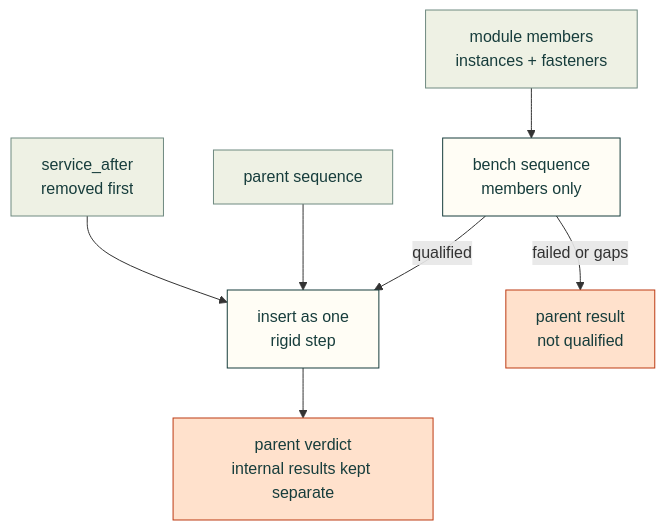
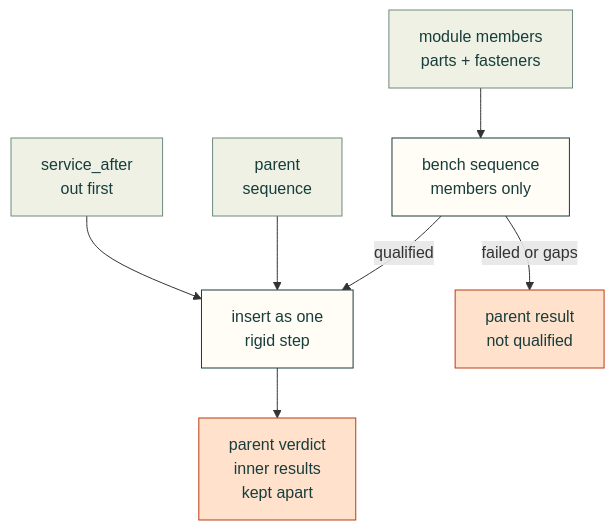
The diagram in docs/subassembly-insertion.md (Valpatel/cad-agent), drawn with Mermaid before and after one commit. The commit also changed 5 other files, not shown here.

First line of the commit message:
Diagrams: narrow enough for a 1100 px window with a classic scrollbar

````diff
--- a/docs/subassembly-insertion.md
+++ b/docs/subassembly-insertion.md
@@ -5,15 +5,15 @@
 ```mermaid
 flowchart TD
-    M["module members<br/>instances + fasteners"] --> Bench["bench sequence<br/>members only"]
+    M["module members<br/>parts + fasteners"] --> Bench["bench sequence<br/>members only"]
     Bench -->|"qualified"| Ins["insert as one<br/>rigid step"]
     Bench -->|"failed or gaps"| X["parent result<br/>not qualified"]
-    Par["parent sequence"] --> Ins
-    Svc["service_after<br/>removed first"] --> Ins
-    Ins --> Out["parent verdict<br/>internal results kept separate"]
+    Par["parent<br/>sequence"] --> Ins
+    Svc["service_after<br/>out first"] --> Ins
+    Ins --> Out["parent verdict<br/>inner results<br/>kept apart"]
     classDef here fill:#fffdf5,stroke:#173d3c,color:#173d3c
     classDef near fill:#eef1e4,stroke:#6f8a80,color:#173d3c
     classDef out fill:#ffe1cc,stroke:#bd3a12,color:#173d3c
     class Bench,Ins here
     class M,Par,Svc near
     class X,Out out
 ```
````
